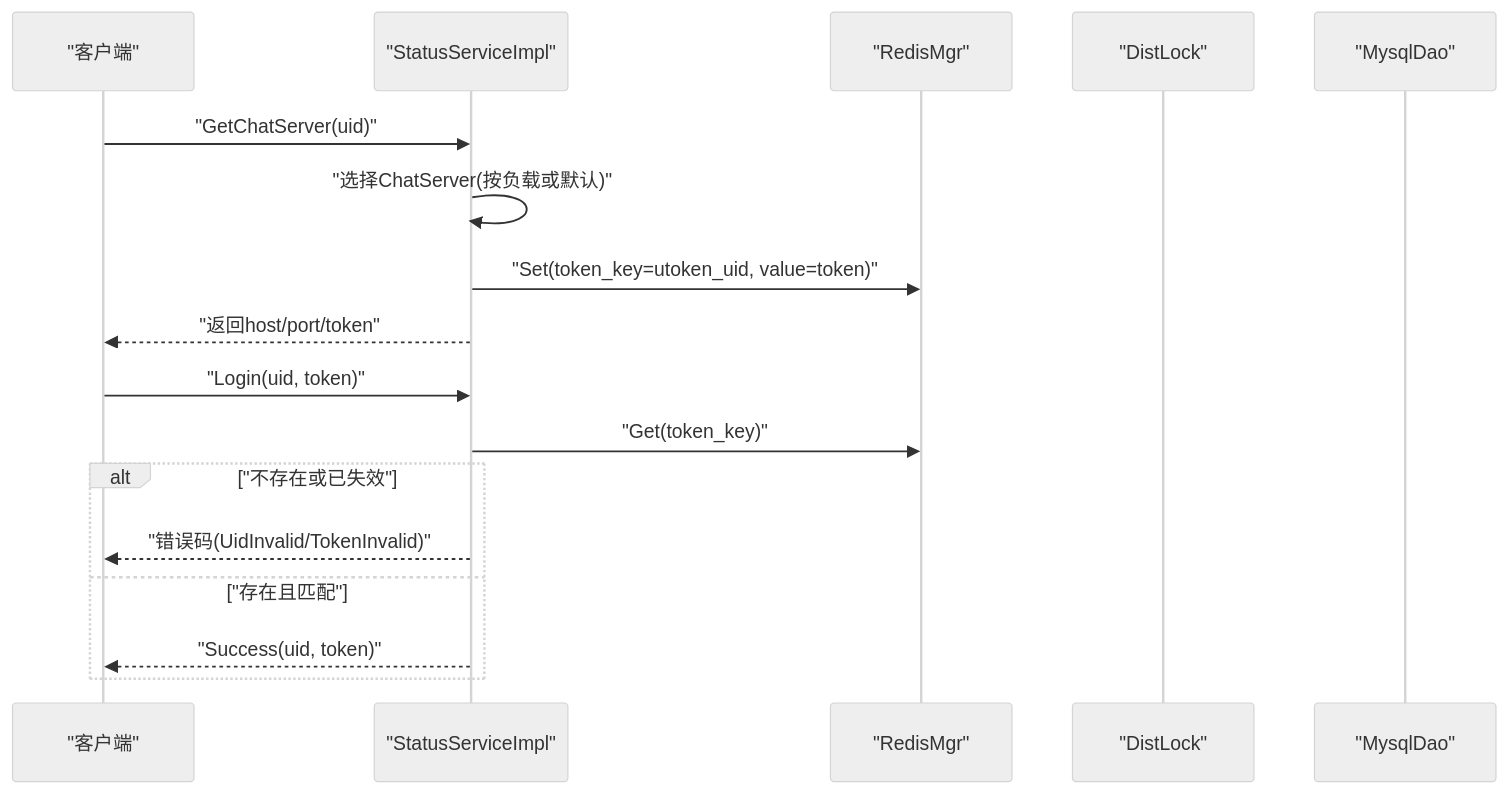
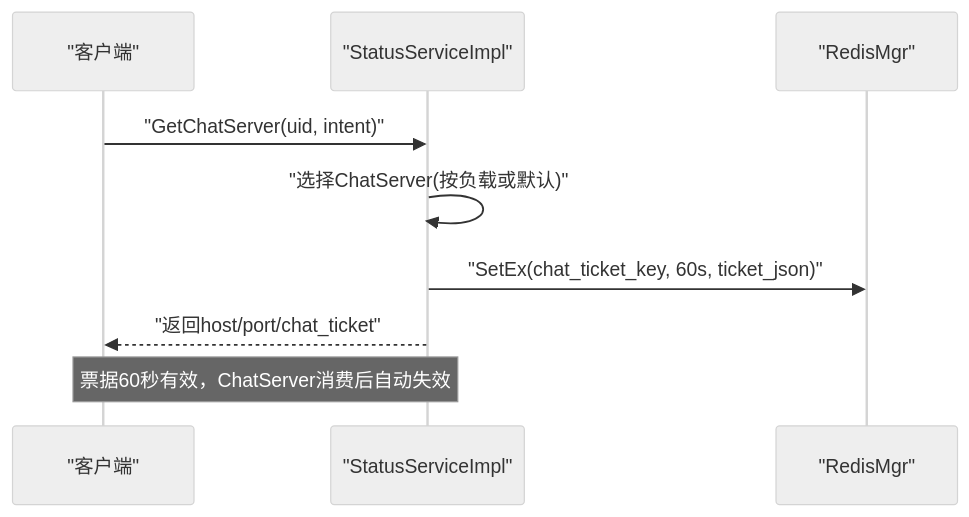
One commit to echo9923/mychatter changed the second of 6 diagrams in .qoder/repowiki/zh/content/服务端开发/StatusServer状态管理服务.md. Above: the diagram before and after it, drawn with Mermaid (neutral theme). The commit also changed other lines of this file and 107 other files, not shown here.

````diff
--- a/.qoder/repowiki/zh/content/服务端开发/StatusServer状态管理服务.md
+++ b/.qoder/repowiki/zh/content/服务端开发/StatusServer状态管理服务.md
@@ -88,19 +84,11 @@
 ```mermaid
 sequenceDiagram
 participant C as "客户端"
 participant S as "StatusServiceImpl"
 participant R as "RedisMgr"
-participant D as "DistLock"
-participant DB as "MysqlDao"
-C->>S : "GetChatServer(uid)"
+C->>S : "GetChatServer(uid, intent)"
 S->>S : "选择ChatServer(按负载或默认)"
-S->>R : "Set(token_key=utoken_uid, value=token)"
-S-->>C : "返回host/port/token"
-C->>S : "Login(uid, token)"
-S->>R : "Get(token_key)"
-alt "不存在或已失效"
-S-->>C : "错误码(UidInvalid/TokenInvalid)"
-else "存在且匹配"
-S-->>C : "Success(uid, token)"
-end
+S->>R : "SetEx(chat_ticket_key, 60s, ticket_json)"
+S-->>C : "返回host/port/chat_ticket"
+Note over C,S : 票据60秒有效，ChatServer消费后自动失效
 ```
````
